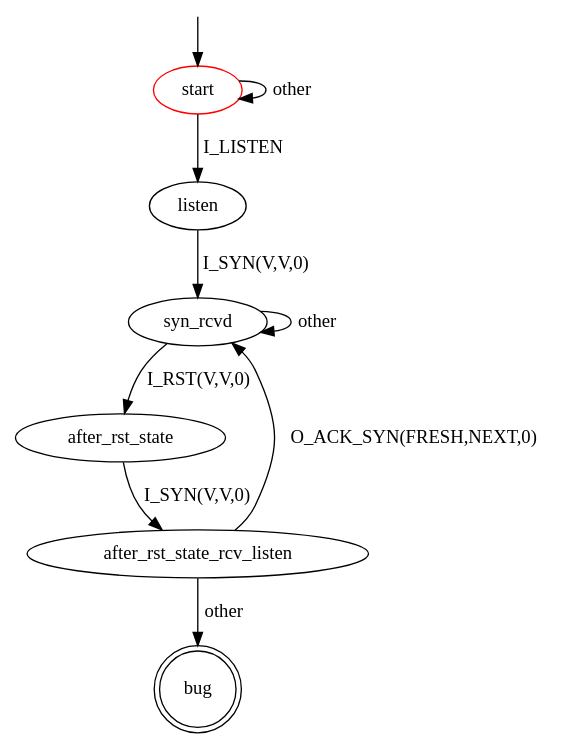
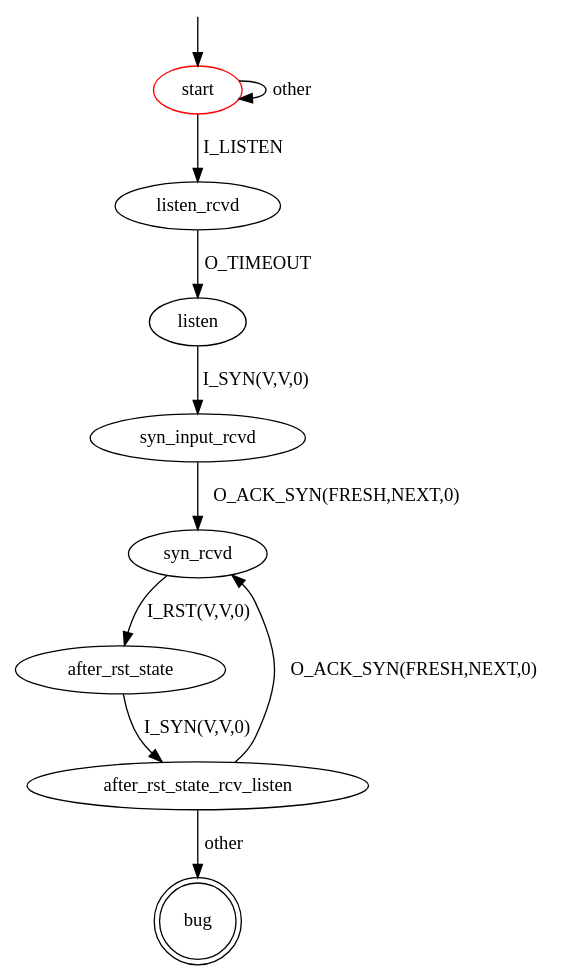
The diagram in src/main/resources/patterns/tcp/server/fail_back_to_listen_state.dot (assist-project/state-machine-bug-finder), drawn with Graphviz before and after one commit. The commit also changed 19 other files, not shown here.

```diff
--- a/src/main/resources/patterns/tcp/server/fail_back_to_listen_state.dot
+++ b/src/main/resources/patterns/tcp/server/fail_back_to_listen_state.dot
@@ -1,17 +1,18 @@
 digraph G {
 label=""
 start [color="red"]
 bug [shape="doublecircle"]
 
 start -> start [label="other"]
-start ->listen [label="I_LISTEN"]
-listen -> syn_rcvd [label="I_SYN(V,V,0)"]
-syn_rcvd -> syn_rcvd [label="other"]
+start ->listen_rcvd [label="I_LISTEN"]
+listen_rcvd -> listen [label="O_TIMEOUT"]
+listen -> syn_input_rcvd [label="I_SYN(V,V,0)"]
+syn_input_rcvd -> syn_rcvd [label="O_ACK_SYN(FRESH,NEXT,0)"]
 syn_rcvd -> after_rst_state [label="I_RST(V,V,0)"]
 after_rst_state -> after_rst_state_rcv_listen [label="I_SYN(V,V,0)"]
 after_rst_state_rcv_listen -> syn_rcvd [label="O_ACK_SYN(FRESH,NEXT,0)"] 
 after_rst_state_rcv_listen -> bug [label="other"]
 
 __start0 [label="" shape="none" width="0" height="0"];
 __start0 -> start;
 }
```
